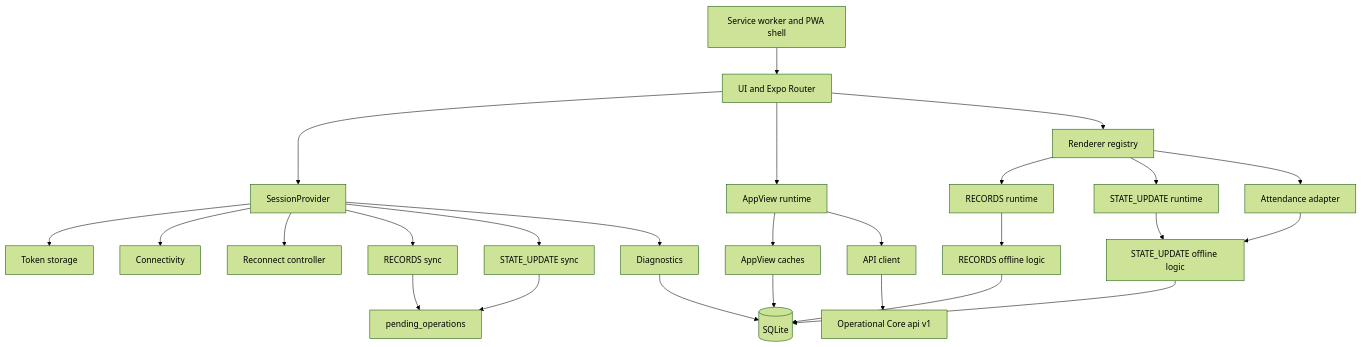
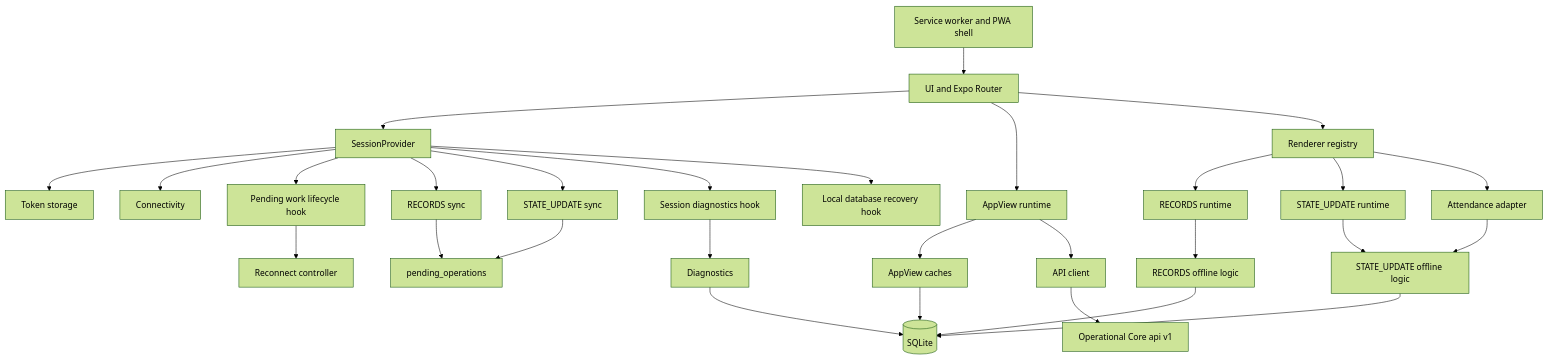
The first of 12 diagrams in docs/CLIENT_ARCHITECTURE.md (strabagdev/opco-client-v1), drawn with Mermaid (forest theme) before and after one commit. The commit also changed other lines of this file and 9 other files, not shown here.

Commit message:
refactor: reduce session provider responsibilities

````diff
--- a/docs/CLIENT_ARCHITECTURE.md
+++ b/docs/CLIENT_ARCHITECTURE.md
@@ -46,28 +46,31 @@
 ```mermaid
 flowchart TD
   UI[UI and Expo Router] --> SessionProvider
   UI --> AppViews[AppView runtime]
   UI --> Registry[Renderer registry]
   SessionProvider --> TokenStorage[Token storage]
   SessionProvider --> Connectivity
-  SessionProvider --> Reconnect[Reconnect controller]
+  SessionProvider --> PendingLifecycle[Pending work lifecycle hook]
+  PendingLifecycle --> Reconnect[Reconnect controller]
   SessionProvider --> RecordsSync[RECORDS sync]
   SessionProvider --> StateUpdateSync[STATE_UPDATE sync]
-  SessionProvider --> Diagnostics
+  SessionProvider --> SessionDiagnostics[Session diagnostics hook]
+  SessionProvider --> LocalRecovery[Local database recovery hook]
+  SessionDiagnostics --> Diagnostics
   AppViews --> AppViewCache[AppView caches]
   AppViews --> API[API client]
   Registry --> RecordsRuntime[RECORDS runtime]
   Registry --> StateUpdateRuntime[STATE_UPDATE runtime]
   Registry --> Attendance[Attendance adapter]
   RecordsRuntime --> RecordsOffline[RECORDS offline logic]
   StateUpdateRuntime --> StateUpdateOffline[STATE_UPDATE offline logic]
   Attendance --> StateUpdateOffline
   RecordsSync --> Outbox[pending_operations]
   StateUpdateSync --> Outbox
   RecordsOffline --> SQLite[(SQLite)]
   StateUpdateOffline --> SQLite
   AppViewCache --> SQLite
   Diagnostics --> SQLite
   API --> Core[Operational Core api v1]
   PWA[Service worker and PWA shell] --> UI
 ```
````
